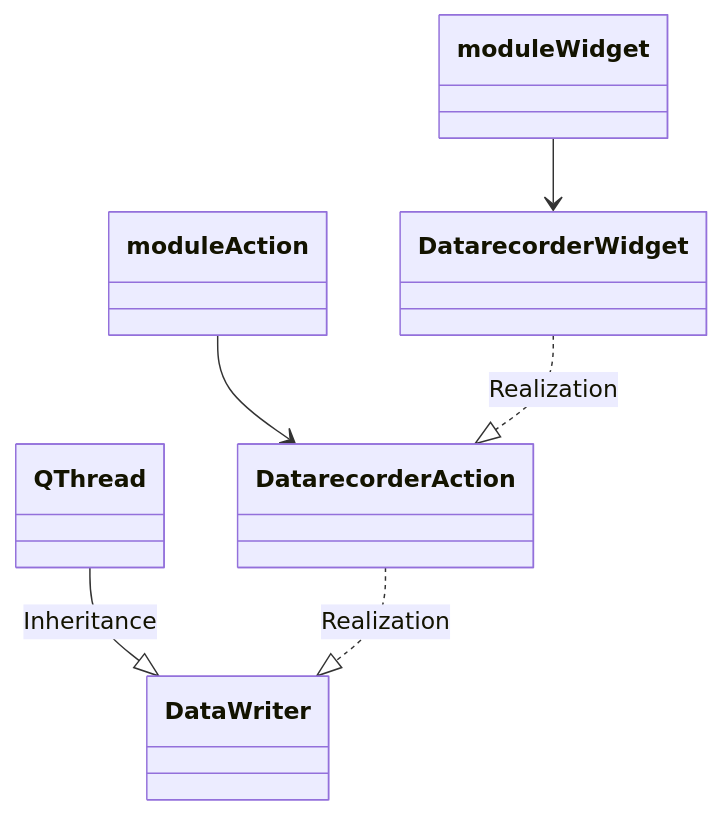
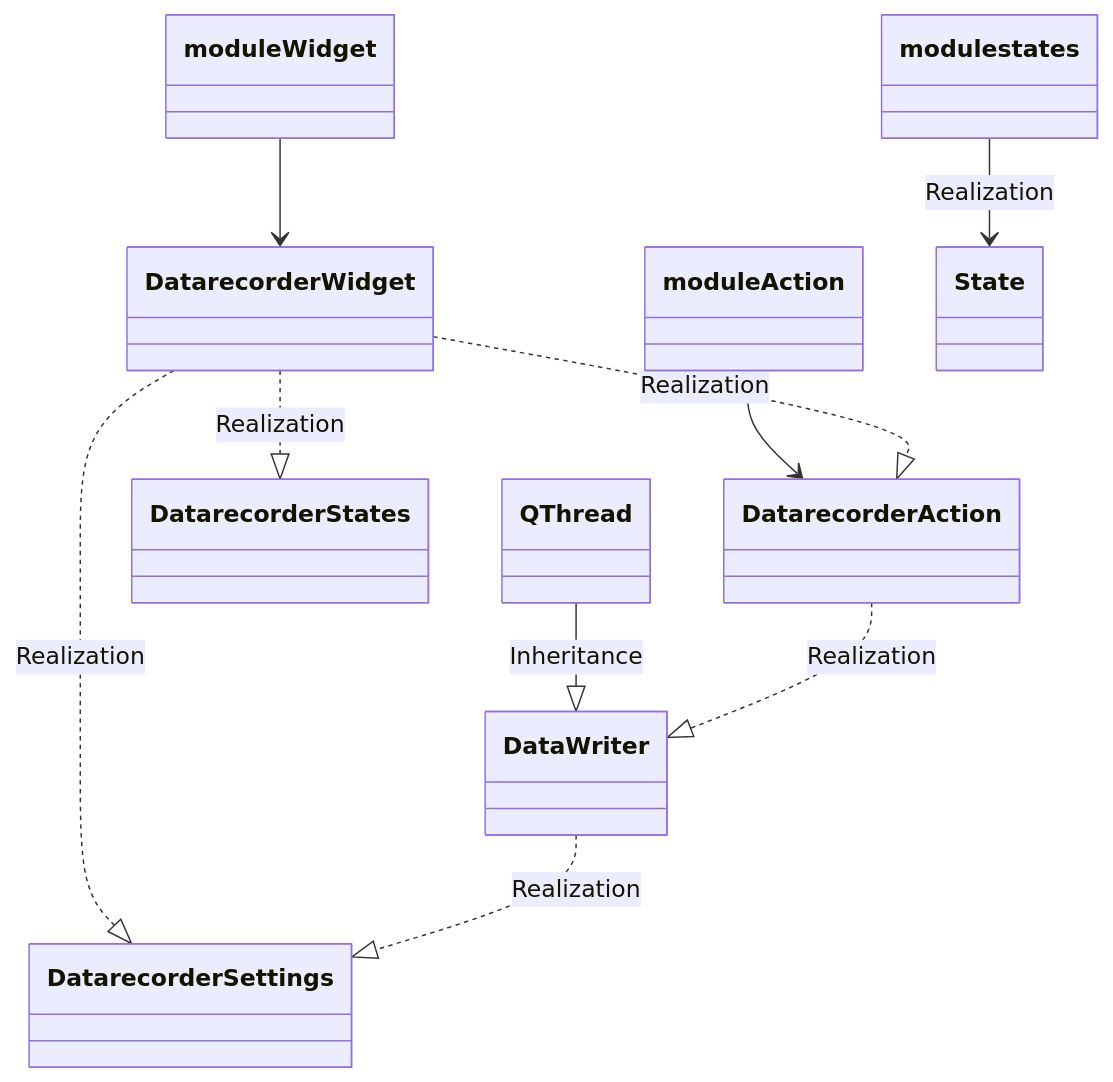
Before and after one commit to tud-hri/joan: the first of 2 diagrams in docs/modules.md, drawn with Mermaid. The commit also changed 1 other file, not shown here.

Commit message:
attempt to split the class view from README.md

````diff
--- a/docs/modules.md
+++ b/docs/modules.md
@@ -10,15 +10,23 @@
 ```mermaid
     classDiagram
         class QThread
         class moduleWidget
         class moduleAction
+        class modulestates
+        class DatarecorderStates
         class DatarecorderWidget
         class DatarecorderAction
         class DataWriter
+        class DatarecorderSettings
+        class State
 
         QThread --|> DataWriter : Inheritance
         moduleWidget --> DatarecorderWidget
         moduleAction --> DatarecorderAction
+        modulestates --> State : Realization
+        DatarecorderWidget ..|> DatarecorderStates : Realization
         DatarecorderWidget ..|> DatarecorderAction : Realization
         DatarecorderAction ..|> DataWriter : Realization
+        DatarecorderWidget ..|> DatarecorderSettings : Realization
+        DataWriter ..|> DatarecorderSettings : Realization
 ```
````
